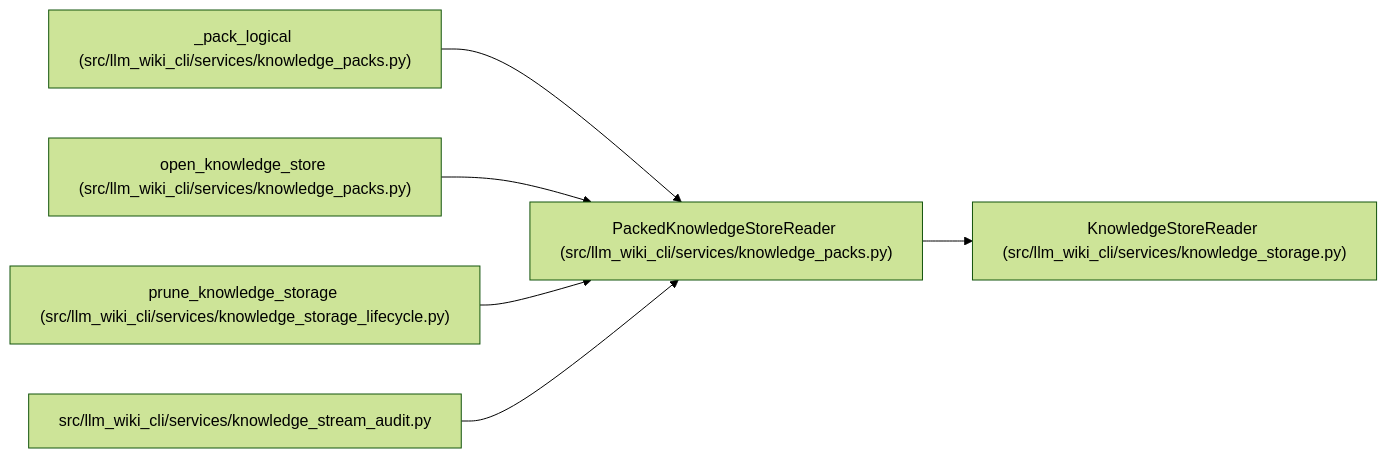
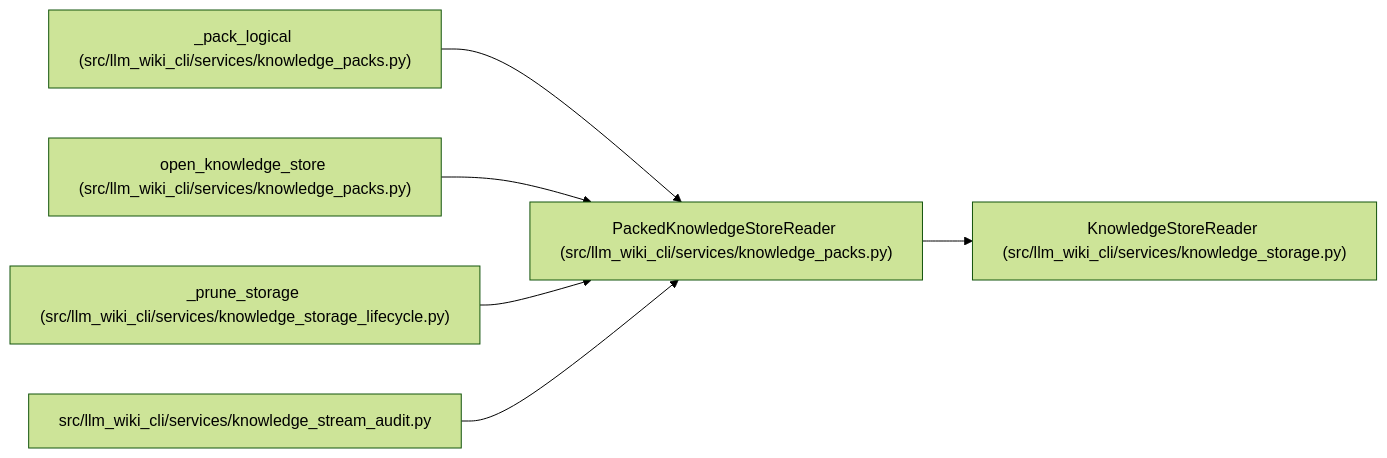
The diagram in docs/llm_wiki/entities/PackedKnowledgeStoreReader.md (Denissvgn/python-wiki-llm), drawn with Mermaid (forest theme) before and after one commit. The commit also changed other lines of this file and 486 other files, not shown here.

First line of the commit message:
Improve knowledge storage performance and recoverable cleanup (#36)

````diff
--- a/docs/llm_wiki/entities/PackedKnowledgeStoreReader.md
+++ b/docs/llm_wiki/entities/PackedKnowledgeStoreReader.md
@@ -37,20 +37,20 @@
 ```mermaid
 flowchart LR
     n0["PackedKnowledgeStoreReader (src/llm_wiki_cli/services/knowledge_packs.py)"]
     n1["KnowledgeStoreReader (src/llm_wiki_cli/services/knowledge_storage.py)"]
     n2["_pack_logical (src/llm_wiki_cli/services/knowledge_packs.py)"]
     n3["open_knowledge_store (src/llm_wiki_cli/services/knowledge_packs.py)"]
-    n4["prune_knowledge_storage (src/llm_wiki_cli/services/knowledge_storage_lifecycle.py)"]
+    n4["_prune_storage (src/llm_wiki_cli/services/knowledge_storage_lifecycle.py)"]
     n5["src/llm_wiki_cli/services/knowledge_stream_audit.py"]
     n0 --> n1
     n2 --> n0
     n3 --> n0
     n4 --> n0
     n5 --> n0
     click n0 "../modules/knowledge_packs.md"
     click n1 "../modules/knowledge_storage.md"
     click n2 "../modules/knowledge_packs.md"
     click n3 "../modules/knowledge_packs.md"
     click n4 "../modules/knowledge_storage_lifecycle.md"
     click n5 "../modules/knowledge_stream_audit.md"
 ```
````
